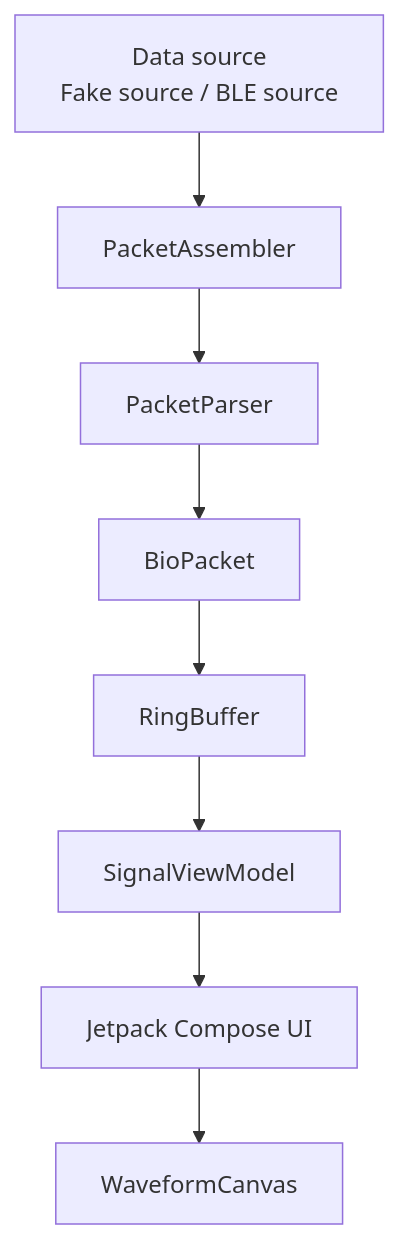
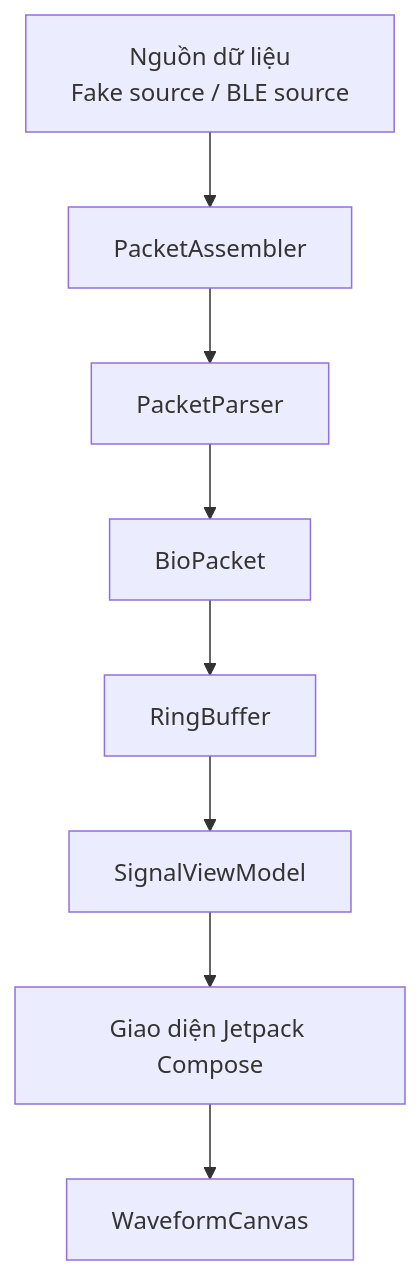
Before and after one commit to khanhnguyendang224440/BioSignalMonitor: the second of 2 diagrams in README.md, drawn with Mermaid. The commit also changed other lines of this file, not shown here.

````diff
--- a/README.md
+++ b/README.md
@@ -134,19 +135,19 @@
 ```mermaid
 flowchart TD
-    SOURCE[Data source\nFake source / BLE source]
+    SOURCE[Nguồn dữ liệu\nFake source / BLE source]
     ASSEMBLER[PacketAssembler]
     PARSER[PacketParser]
     MODEL[BioPacket]
     BUFFER[RingBuffer]
     VM[SignalViewModel]
-    UI[Jetpack Compose UI]
+    UI[Giao diện Jetpack Compose]
     CANVAS[WaveformCanvas]
 
     SOURCE --> ASSEMBLER
     ASSEMBLER --> PARSER
     PARSER --> MODEL
     MODEL --> BUFFER
     BUFFER --> VM
     VM --> UI
     UI --> CANVAS
 ```
````
